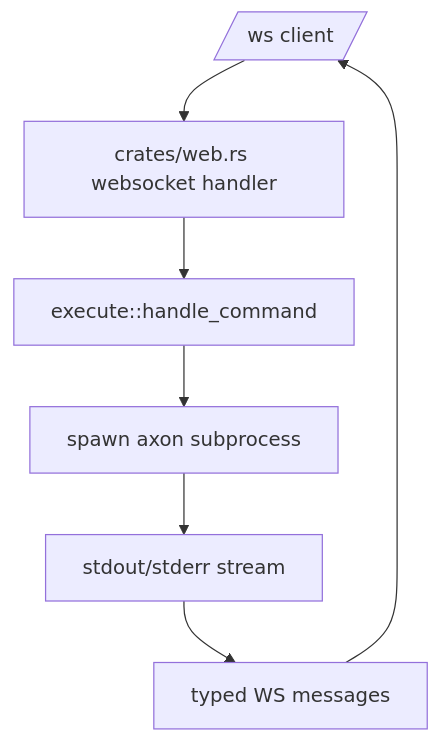
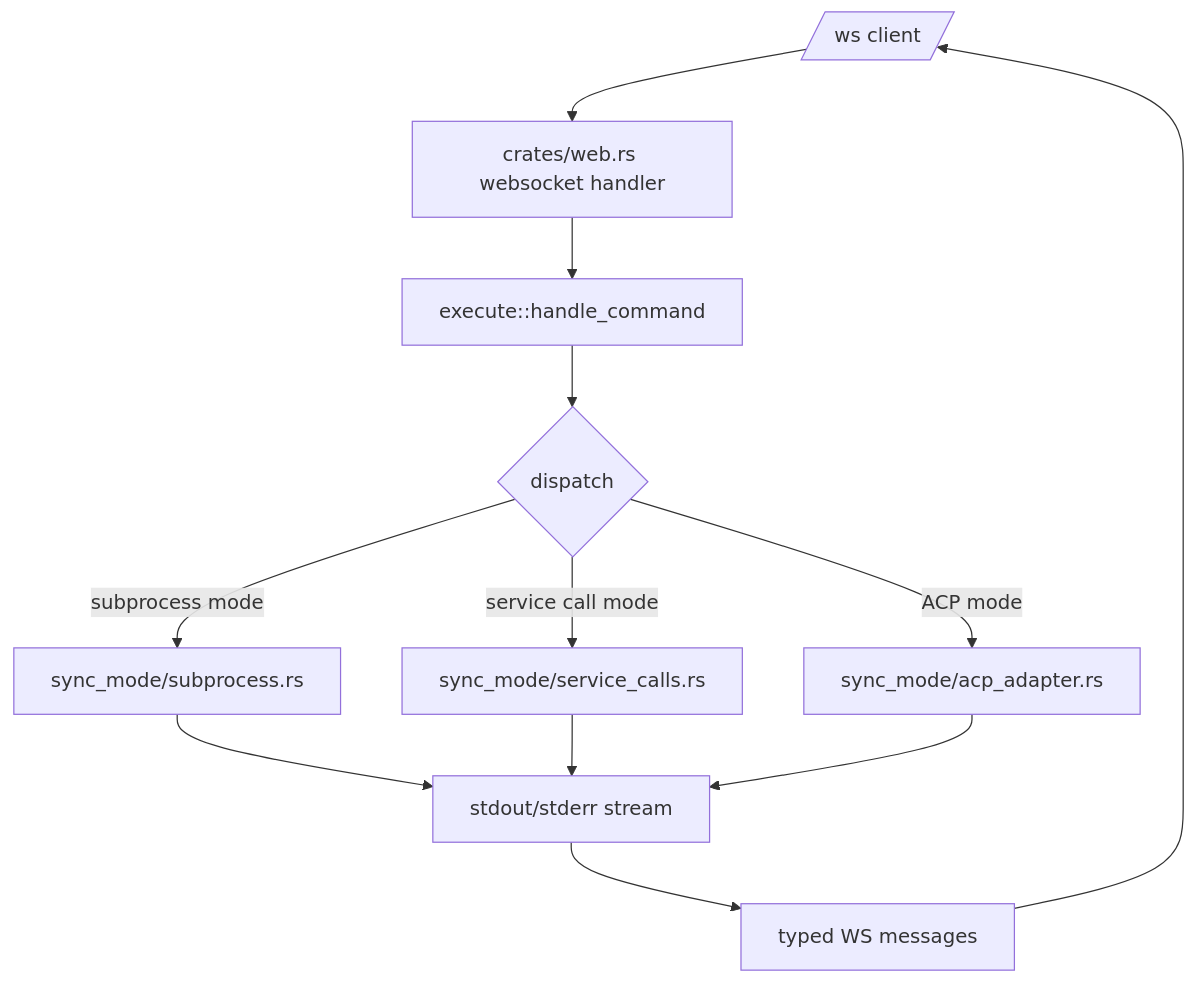
One commit to jmagar/axon changed the eighth of 10 diagrams in docs/ARCHITECTURE.md. Above: the diagram before and after it, drawn with Mermaid. The commit also changed other lines of this file and 52 other files, not shown here.

````diff
--- a/docs/ARCHITECTURE.md
+++ b/docs/ARCHITECTURE.md
@@ -267,9 +327,14 @@
 ```mermaid
 flowchart TD
   A[/ws client/] --> B[crates/web.rs websocket handler]
   B --> C[execute::handle_command]
-  C --> D[spawn axon subprocess]
-  D --> E[stdout/stderr stream]
-  E --> F[typed WS messages]
-  F --> A
+  C --> D{dispatch}
+  D -->|subprocess mode| E[sync_mode/subprocess.rs]
+  D -->|service call mode| F[sync_mode/service_calls.rs]
+  D -->|ACP mode| G[sync_mode/acp_adapter.rs]
+  E --> H[stdout/stderr stream]
+  F --> H
+  G --> H
+  H --> I[typed WS messages]
+  I --> A
 ```
````
